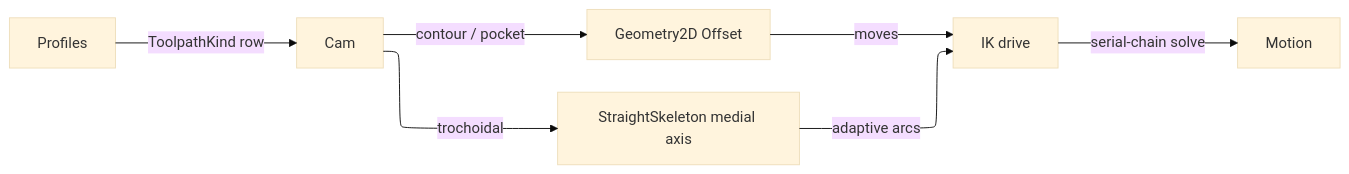
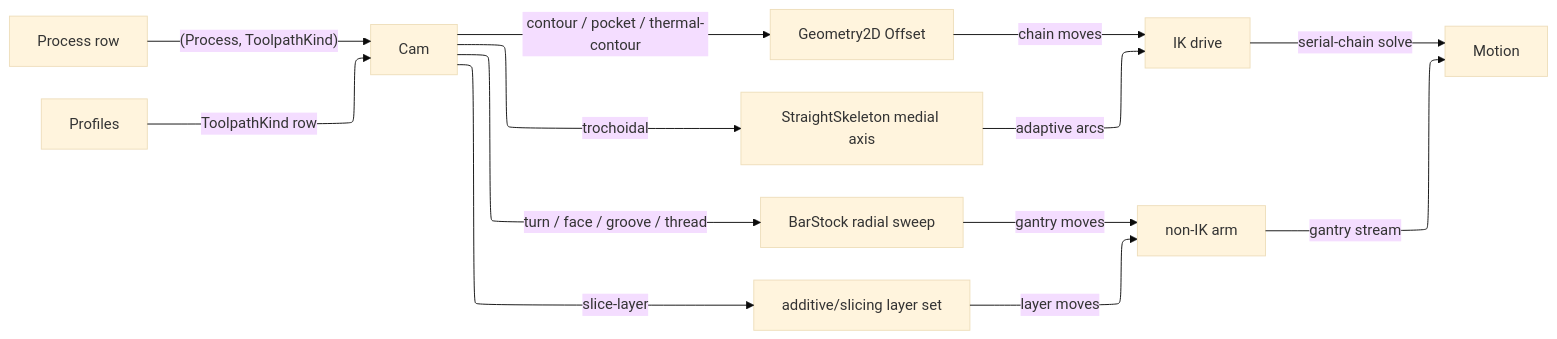
Before and after one commit to bsamiee/Rasm: the diagram in libs/csharp/Rasm.Fabrication/.planning/toolpath/motion.md, drawn with Mermaid. The commit also changed other lines of this file and 265 other files, not shown here.

````diff
--- a/libs/csharp/Rasm.Fabrication/.planning/toolpath/motion.md
+++ b/libs/csharp/Rasm.Fabrication/.planning/toolpath/motion.md
@@ -115,14 +143,20 @@
 ```mermaid
 ---
 config:
   layout: elk
   theme: base
 ---
 flowchart LR
-    Profiles["Profiles"] -->|ToolpathKind row| Cam["Cam"]
-    Cam -->|contour / pocket| Offset["Geometry2D Offset"]
+    Process["Process row"] -->|"(Process, ToolpathKind)"| Cam["Cam"]
+    Profiles["Profiles"] -->|ToolpathKind row| Cam
+    Cam -->|contour / pocket / thermal-contour| Offset["Geometry2D Offset"]
     Cam -->|trochoidal| Skeleton["StraightSkeleton medial axis"]
-    Offset -->|moves| Drive["IK drive"]
+    Cam -->|turn / face / groove / thread| Radial["BarStock radial sweep"]
+    Cam -->|slice-layer| Slice["additive/slicing layer set"]
+    Offset -->|chain moves| Drive["IK drive"]
     Skeleton -->|adaptive arcs| Drive
+    Radial -->|gantry moves| Direct["non-IK arm"]
+    Slice -->|layer moves| Direct
     Drive -->|serial-chain solve| Motion["Motion"]
+    Direct -->|gantry stream| Motion
 ```
````
